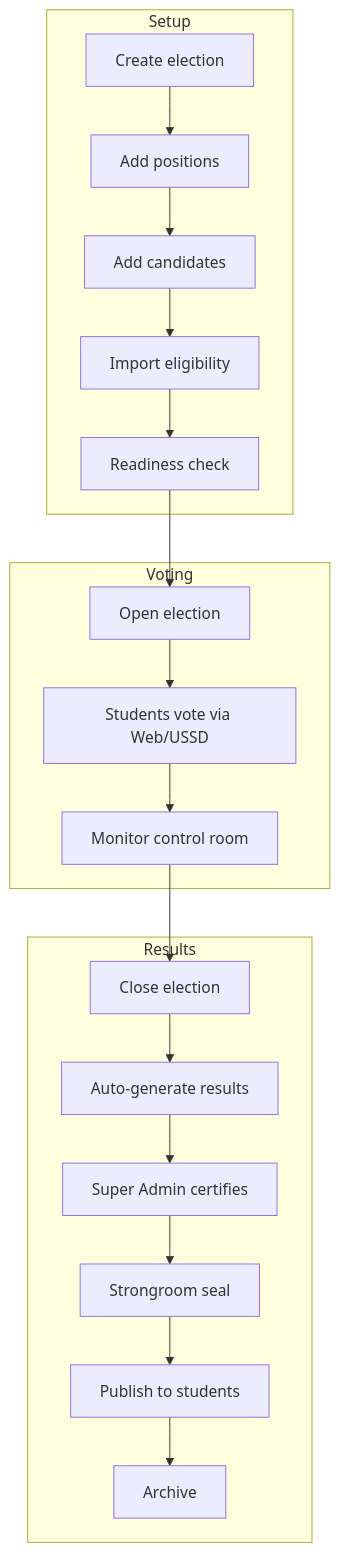
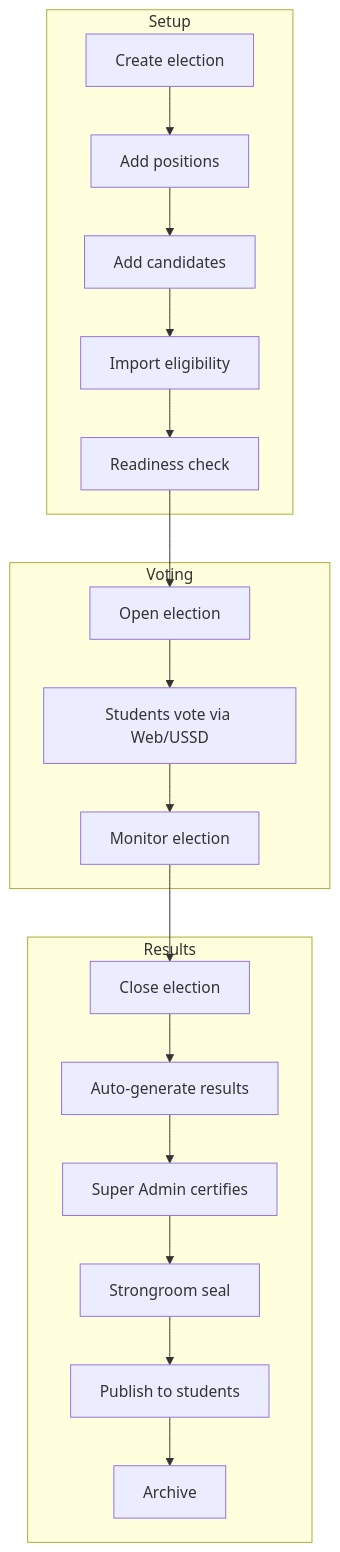
Before and after one commit to androidnega/votebridge: the fifth of 10 diagrams in docs/system/FLOWCHARTS.md, drawn with Mermaid. The commit also changed other lines of this file and 8 other files, not shown here.

````diff
--- a/docs/system/FLOWCHARTS.md
+++ b/docs/system/FLOWCHARTS.md
@@ -105,29 +110,29 @@
 ```mermaid
 flowchart TD
     subgraph Setup
         S1[Create election]
         S2[Add positions]
         S3[Add candidates]
         S4[Import eligibility]
         S5[Readiness check]
     end
 
     subgraph Voting
         V1[Open election]
         V2[Students vote via Web/USSD]
-        V3[Monitor control room]
+        V3[Monitor election]
     end
 
     subgraph Results
         R1[Close election]
         R2[Auto-generate results]
         R3[Super Admin certifies]
         R4[Strongroom seal]
         R5[Publish to students]
         R6[Archive]
     end
 
     S1 --> S2 --> S3 --> S4 --> S5 --> V1
     V1 --> V2 --> V3 --> R1
     R1 --> R2 --> R3 --> R4 --> R5 --> R6
 ```
````
